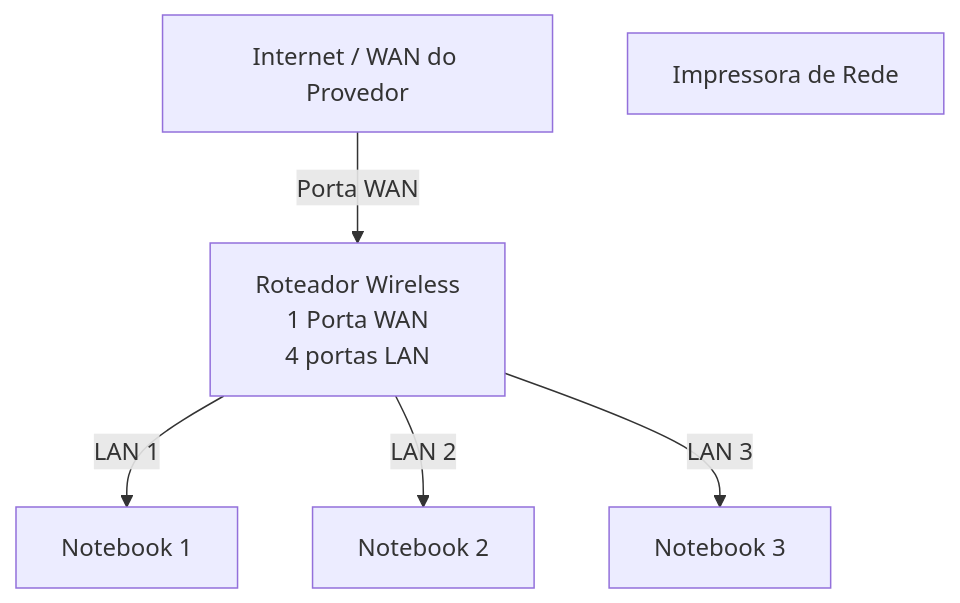
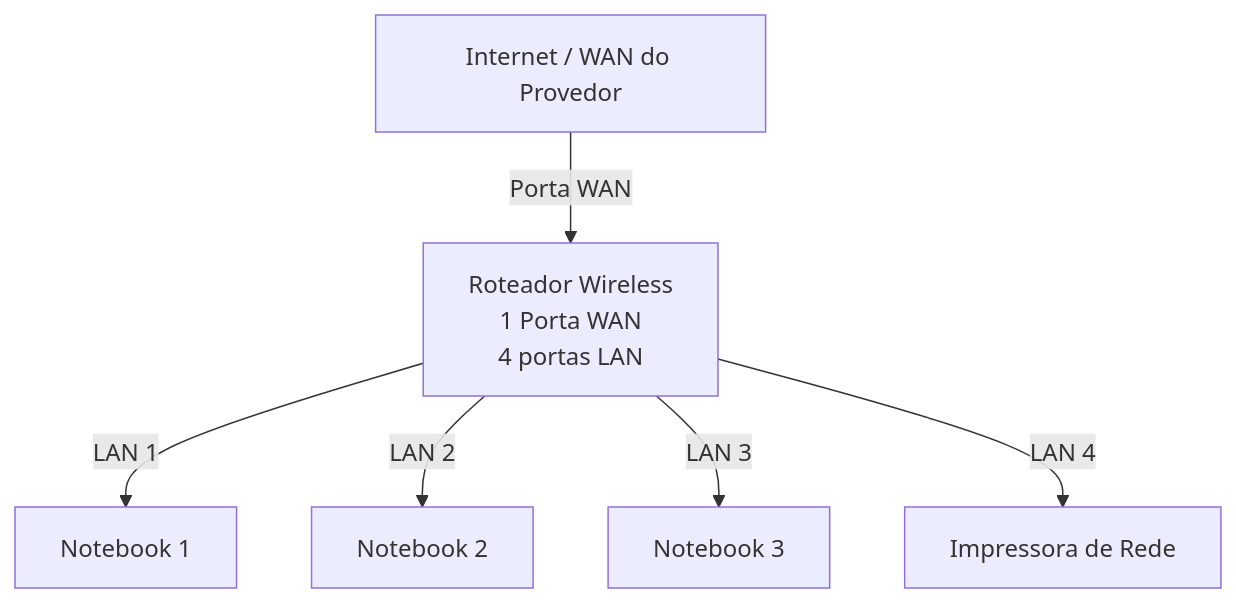
One commit to ediasl/lab-redes changed the diagram in README.md. Above: the diagram before and after it, drawn with Mermaid. The commit also changed other lines of this file, not shown here.

Commit message:
Update network topology diagram and add printer

````diff
--- a/README.md
+++ b/README.md
@@ -29,17 +29,19 @@
 ```mermaid
 graph TD
 WAN[Internet / WAN do Provedor]
 Router[Roteador Wireless<br>1 Porta WAN <br>4 portas LAN]
 
 PC1[Notebook 1]
 PC2[Notebook 2]
 PC3[Notebook 3]
 
 Printer[Impressora de Rede]
 
 WAN --> |Porta WAN| Router
 
 Router --> |LAN 1| PC1
 Router --> |LAN 2| PC2
-Router --> |LAN 3| PC3 
+Router --> |LAN 3| PC3
+Router --> |LAN 4| Printer
+
 ```
````
